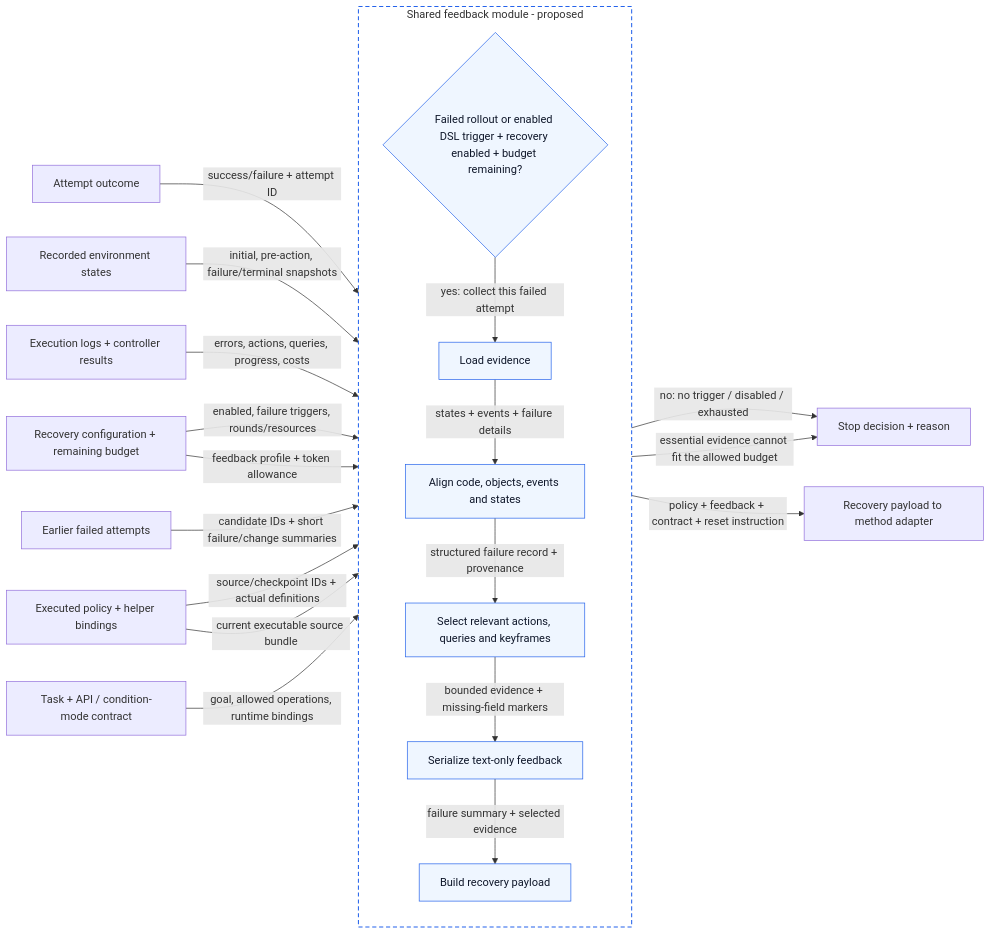
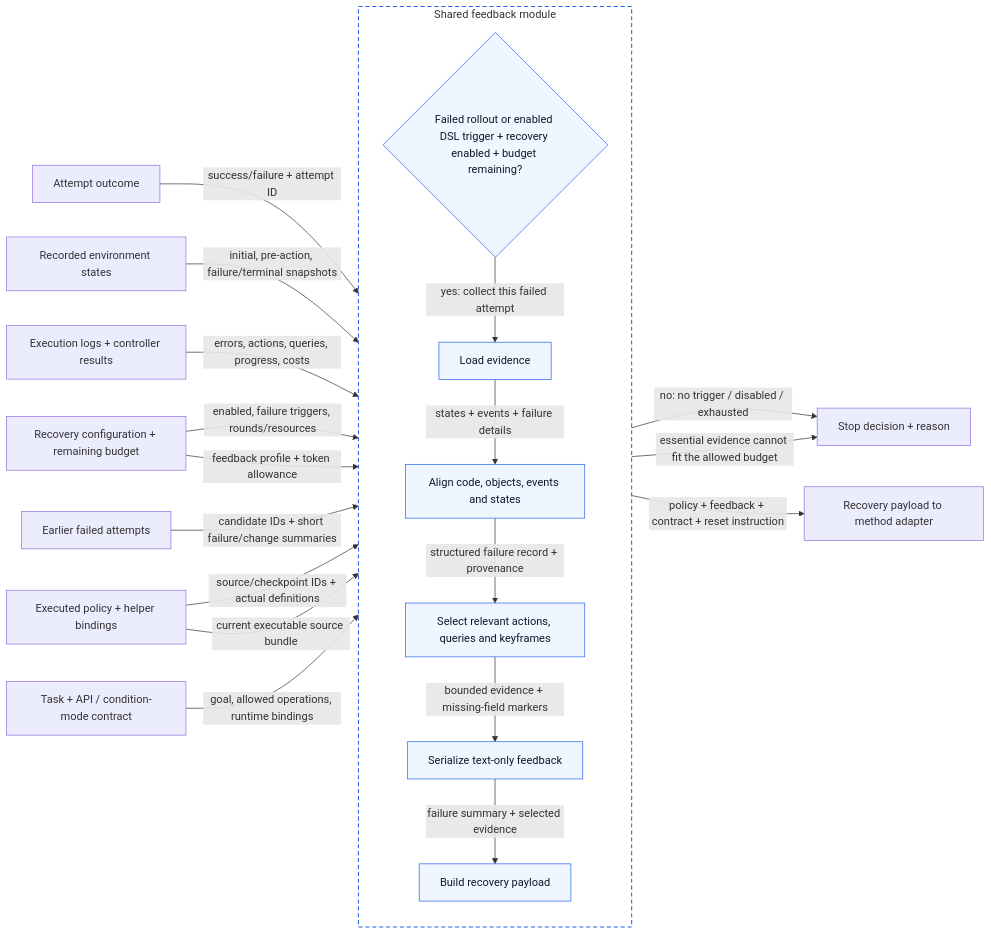
The first of 4 diagrams in roboverify/synthesis/cap/docs/revision_4_failure_recover.md (RU-Automated-Reasoning-Group/RoboVerify), drawn with Mermaid before and after one commit. The commit also changed other lines of this file and 14 other files, not shown here.

````diff
--- a/roboverify/synthesis/cap/docs/revision_4_failure_recover.md
+++ b/roboverify/synthesis/cap/docs/revision_4_failure_recover.md
@@ -117,27 +117,27 @@
 ```mermaid
 flowchart LR
     RESULT["Attempt outcome"] -->|"success/failure + attempt ID"| GATE
     CFG["Recovery configuration + remaining budget"] -->|"enabled, failure triggers, rounds/resources"| GATE
     ENV["Recorded environment states"] -->|"initial, pre-action, failure/terminal snapshots"| COLLECT
     LOG["Execution logs + controller results"] -->|"errors, actions, queries, progress, costs"| COLLECT
     CODE["Executed policy + helper bindings"] -->|"source/checkpoint IDs + actual definitions"| ALIGN
     HISTORY["Earlier failed attempts"] -->|"candidate IDs + short failure/change summaries"| SELECT
     TASK["Task + API / condition-mode contract"] -->|"goal, allowed operations, runtime bindings"| PACK
-    subgraph SHARED["Shared feedback module - proposed"]
+    subgraph SHARED["Shared feedback module"]
         direction TB
         GATE{"Failed rollout or enabled DSL trigger + recovery enabled + budget remaining?"}
         GATE -->|"yes: collect this failed attempt"| COLLECT["Load evidence"]
         COLLECT -->|"states + events + failure details"| ALIGN["Align code, objects, events and states"]
         ALIGN -->|"structured failure record + provenance"| SELECT["Select relevant actions, queries and keyframes"]
         SELECT -->|"bounded evidence + missing-field markers"| SERIALIZE["Serialize text-only feedback"]
         SERIALIZE -->|"failure summary + selected evidence"| PACK["Build recovery payload"]
     end
     CFG -->|"feedback profile + token allowance"| SELECT
     CODE -->|"current executable source bundle"| PACK
     GATE -->|"no: no trigger / disabled / exhausted"| STOP["Stop decision + reason"]
     SERIALIZE -->|"essential evidence cannot fit the allowed budget"| STOP
     PACK -->|"policy + feedback + contract + reset instruction"| OUTPUT["Recovery payload to method adapter"]
     style SHARED fill:none,stroke:#2563eb,stroke-width:1.5px,stroke-dasharray:6 4
     classDef feedback fill:#eff6ff,stroke:#2563eb,color:#0f172a
     class GATE,COLLECT,ALIGN,SELECT,SERIALIZE,PACK feedback
 ```
````
